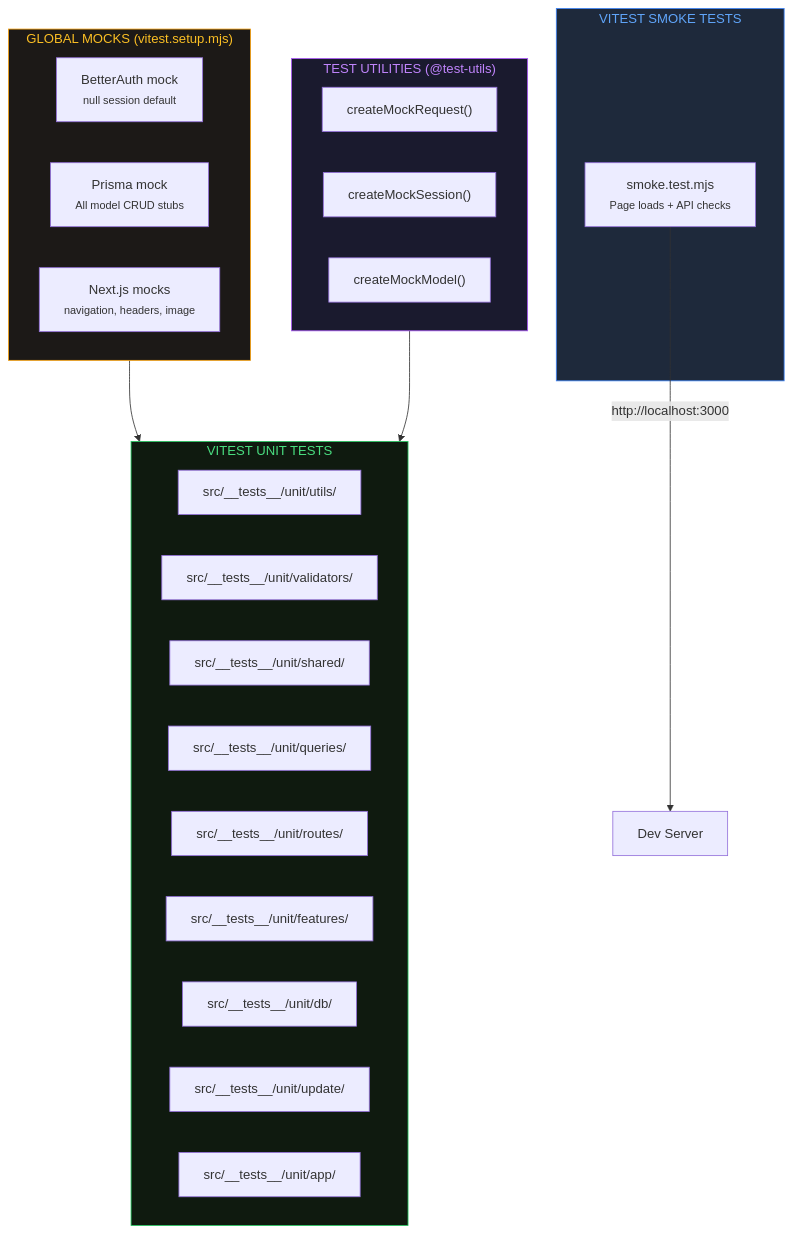
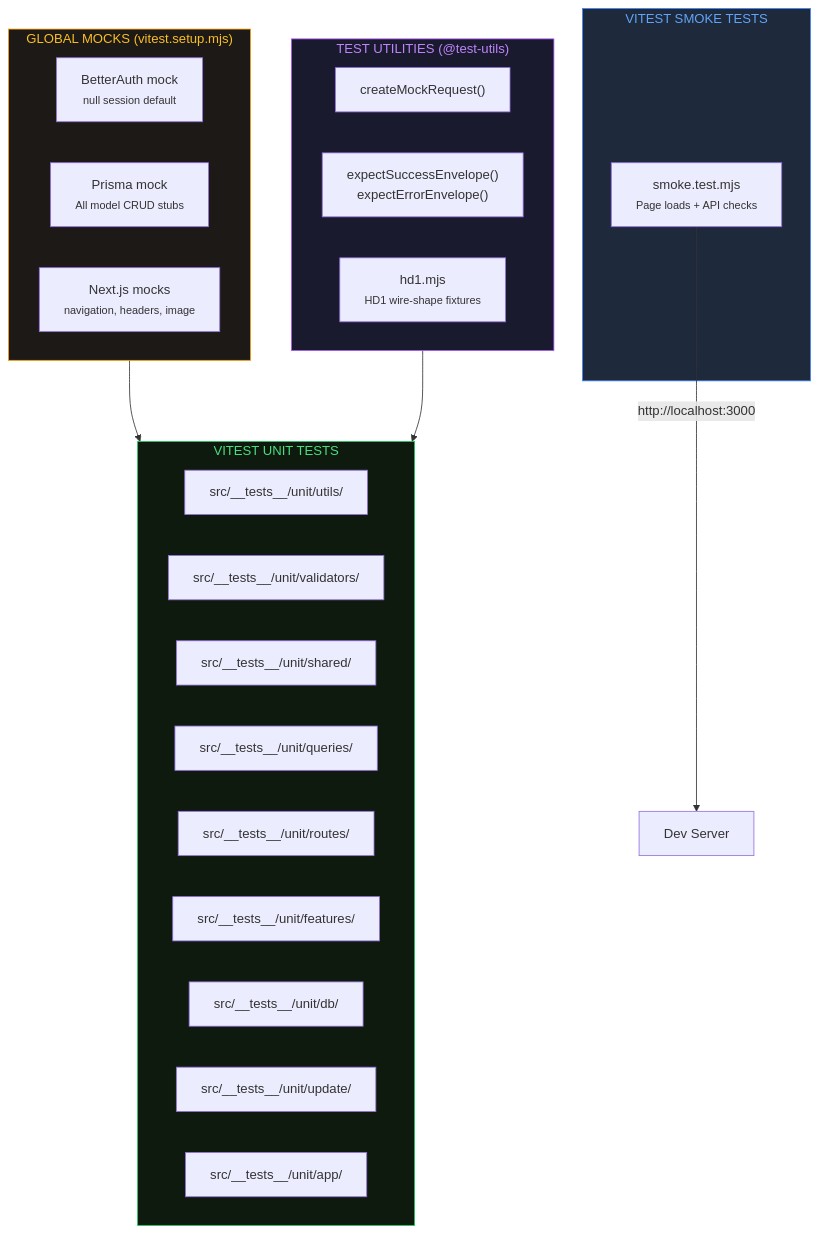
Before and after one commit to elfensky/helldivers.bot: the diagram in src/app/docs/testing/page.mdx, drawn with Mermaid. The commit also changed other lines of this file and 14 other files, not shown here.

````diff
--- a/src/app/docs/testing/page.mdx
+++ b/src/app/docs/testing/page.mdx
@@ -24,39 +24,39 @@
 ```mermaid
 graph TD
     subgraph Unit["VITEST UNIT TESTS"]
         UTILS["src/__tests__/unit/utils/"]
         VALS["src/__tests__/unit/validators/"]
         SHARED["src/__tests__/unit/shared/"]
         QUERIES["src/__tests__/unit/queries/"]
         ROUTES["src/__tests__/unit/routes/"]
         FEATURES["src/__tests__/unit/features/"]
         DB["src/__tests__/unit/db/"]
         UPDATE["src/__tests__/unit/update/"]
         APP["src/__tests__/unit/app/"]
     end
 
     subgraph Smoke["VITEST SMOKE TESTS"]
         SMOKETEST["smoke.test.mjs<br/><small>Page loads + API checks</small>"]
     end
 
     subgraph Mocks["GLOBAL MOCKS (vitest.setup.mjs)"]
         AUTH_M["BetterAuth mock<br/><small>null session default</small>"]
         PRISMA_M["Prisma mock<br/><small>All model CRUD stubs</small>"]
         NEXT_M["Next.js mocks<br/><small>navigation, headers, image</small>"]
     end
 
     subgraph Utils["TEST UTILITIES (@test-utils)"]
         MR["createMockRequest()"]
-        MS["createMockSession()"]
-        MM["createMockModel()"]
+        ENV["expectSuccessEnvelope()<br/>expectErrorEnvelope()"]
+        HD1["hd1.mjs<br/><small>HD1 wire-shape fixtures</small>"]
     end
 
     Mocks --> Unit
     Utils --> Unit
     SMOKETEST -->|"http://localhost:3000"| DEV["Dev Server"]
 
     style Unit fill:#0f1a0f,stroke:#22c55e,color:#4ade80
     style Smoke fill:#1e293b,stroke:#3b82f6,color:#60a5fa
     style Mocks fill:#1c1917,stroke:#f59e0b,color:#fbbf24
     style Utils fill:#1a1a2e,stroke:#a855f7,color:#c084fc
 ```
````
